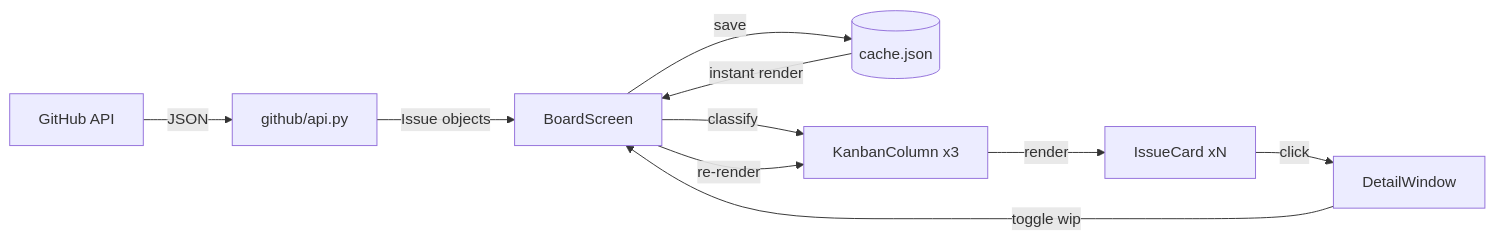
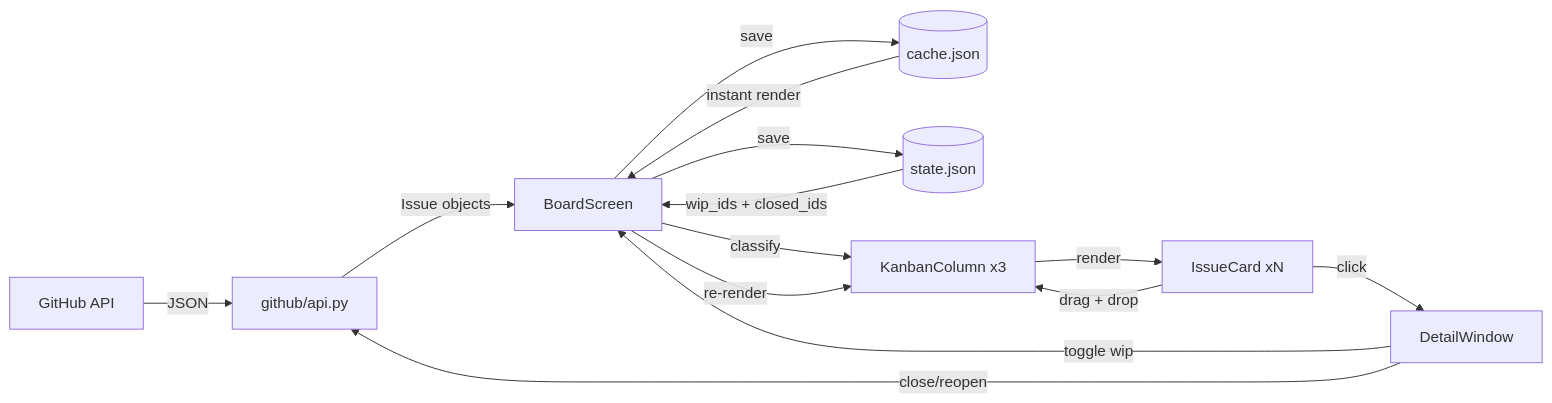
One commit to Gabriel-V-Maia/issueboard changed the eighth of 9 diagrams in ARCHITECTURE.md. Above: the diagram before and after it, drawn with Mermaid. The commit also changed other lines of this file, not shown here.

Commit message:
docs: Enhance architecture documentation with new flows

````diff
--- a/ARCHITECTURE.md
+++ b/ARCHITECTURE.md
@@ -153,12 +202,16 @@
 ```mermaid
 flowchart LR
     GH[GitHub API] -->|JSON| api[github/api.py]
     api -->|Issue objects| board[BoardScreen]
     board -->|save| cache[(cache.json)]
+    board -->|save| state[(state.json)]
     cache -->|instant render| board
+    state -->|wip_ids + closed_ids| board
     board -->|classify| cols[KanbanColumn x3]
     cols -->|render| cards[IssueCard xN]
     cards -->|click| detail[DetailWindow]
+    cards -->|drag + drop| cols
     detail -->|toggle wip| board
+    detail -->|close/reopen| api
     board -->|re-render| cols
 ```
````
